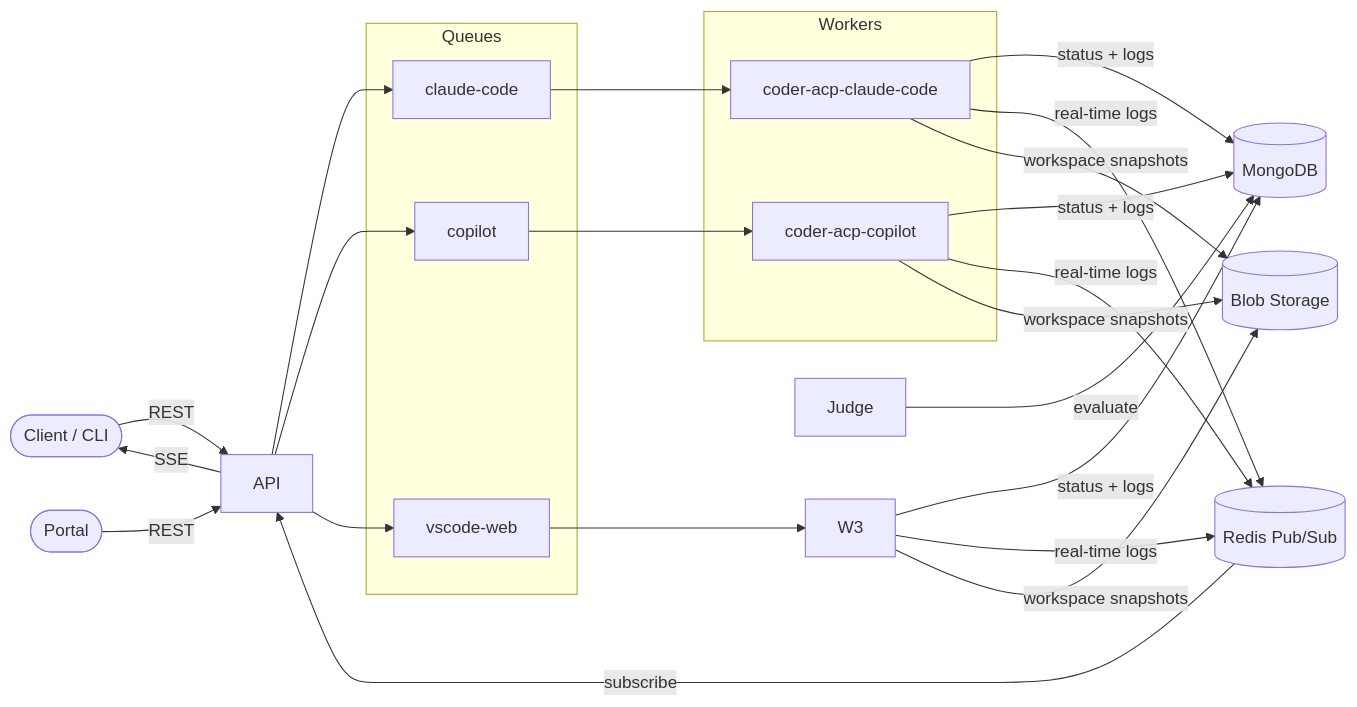
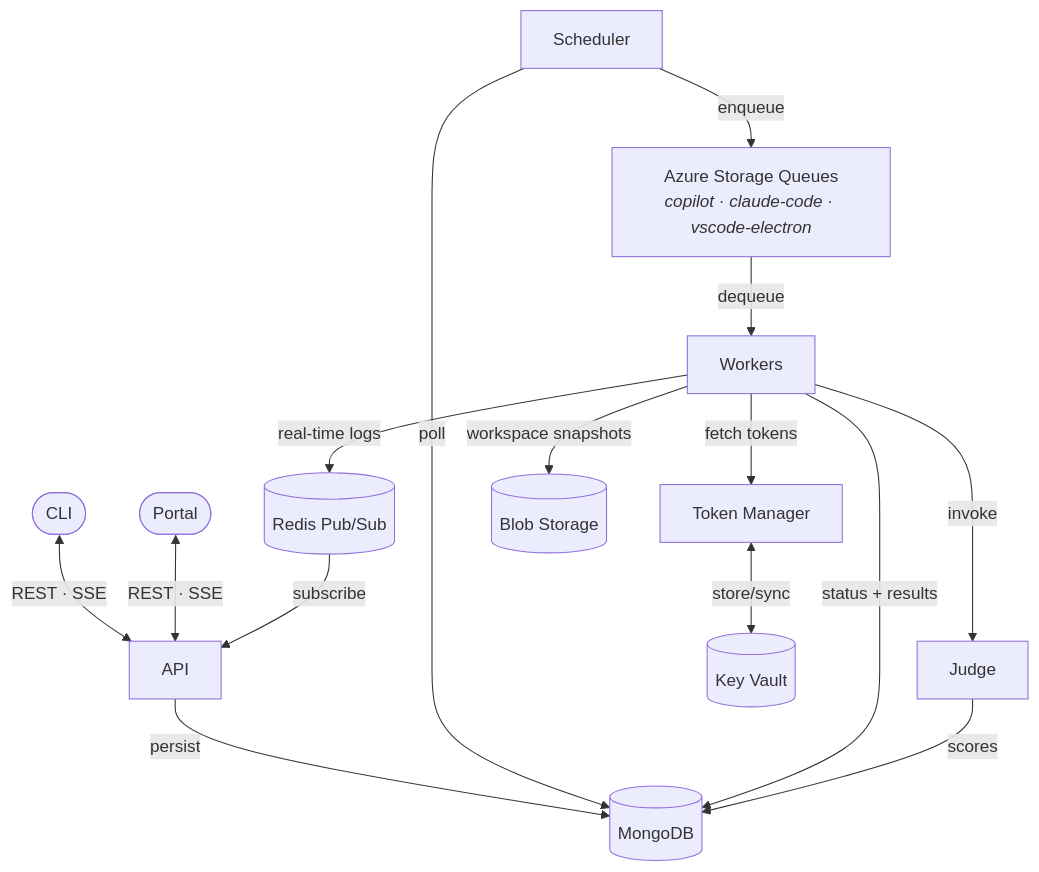
Before and after one commit to Gile987/scope: the first of 2 diagrams in README.md, drawn with Mermaid. The commit also changed other lines of this file, not shown here.

First line of the commit message:
docs(readme): refresh components, architecture diagram, and project structure (#822)

````diff
--- a/README.md
+++ b/README.md
@@ -19,35 +29,31 @@
 ```mermaid
-flowchart LR
-    Client([Client / CLI])
+flowchart TB
+    CLI([CLI])
     Portal([Portal])
     API[API]
+    Scheduler[Scheduler]
     Judge[Judge]
+    TM[Token Manager]
 
-    subgraph Queues
-        Q1[claude-code]
-        Q2[copilot]
-        Q3[vscode-web]
-    end
-
-    subgraph Workers
-        W1[coder-acp-claude-code]
-        W2[coder-acp-copilot]
-    end
+    Queues["Azure Storage Queues<br/><i>copilot · claude-code · vscode-electron</i>"]
 
     MongoDB[(MongoDB)]
     Redis[(Redis Pub/Sub)]
     Blob[(Blob Storage)]
+    KV[(Key Vault)]
 
-    Client -->|REST| API
-    Portal -->|REST| API
-    API -->|SSE| Client
-    API --> Q1 & Q2 & Q3
-    Q1 --> W1
-    Q2 --> W2
-    Q3 --> W3
-    W1 & W2 & W3 -->|status + logs| MongoDB
-    W1 & W2 & W3 -->|real-time logs| Redis
-    W1 & W2 & W3 -->|workspace snapshots| Blob
+    CLI <-->|REST · SSE| API
+    Portal <-->|REST · SSE| API
+    API -->|persist| MongoDB
+    Scheduler -->|poll| MongoDB
+    Scheduler -->|enqueue| Queues
+    Queues -->|dequeue| Workers
+    Workers -->|status + results| MongoDB
+    Workers -->|real-time logs| Redis
+    Workers -->|workspace snapshots| Blob
+    Workers -->|fetch tokens| TM
+    Workers -->|invoke| Judge
+    Judge -->|scores| MongoDB
     Redis -->|subscribe| API
-    Judge -->|evaluate| MongoDB
+    TM <-->|store/sync| KV
 ```
````
